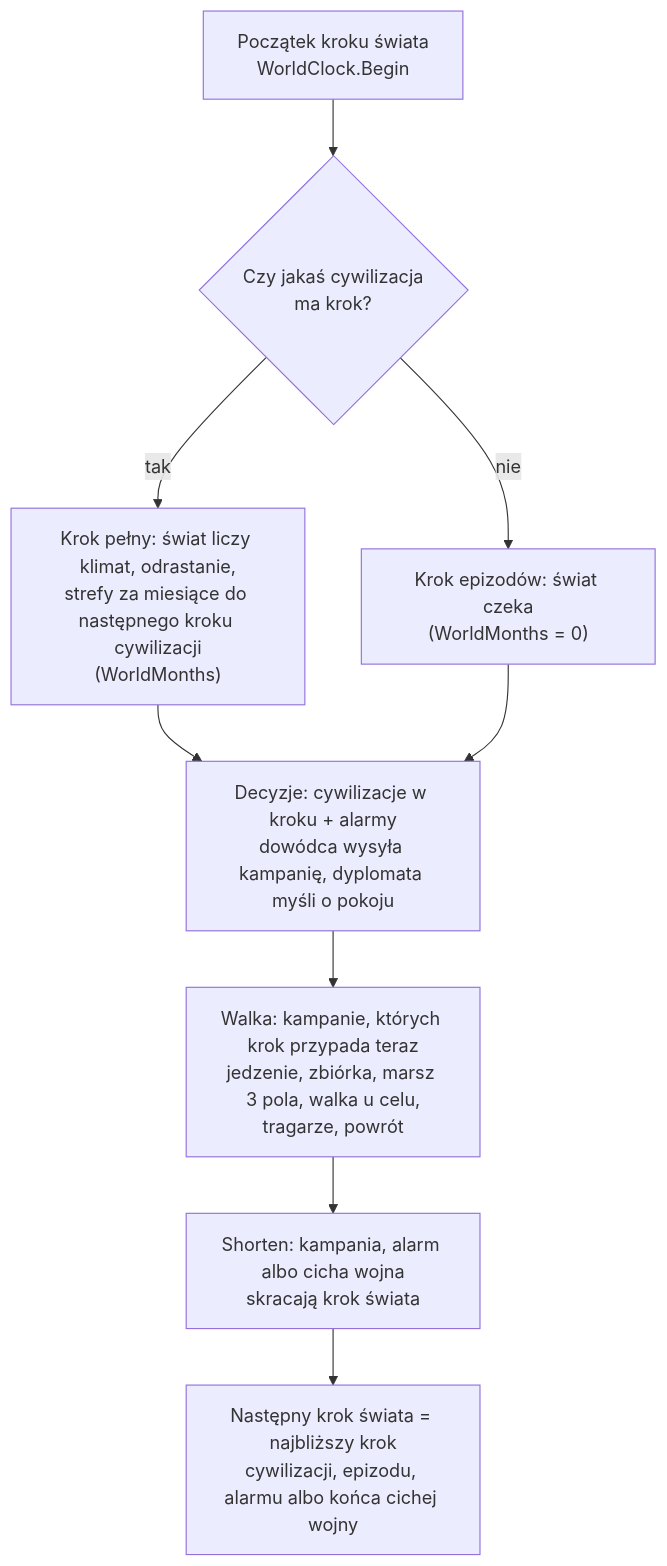
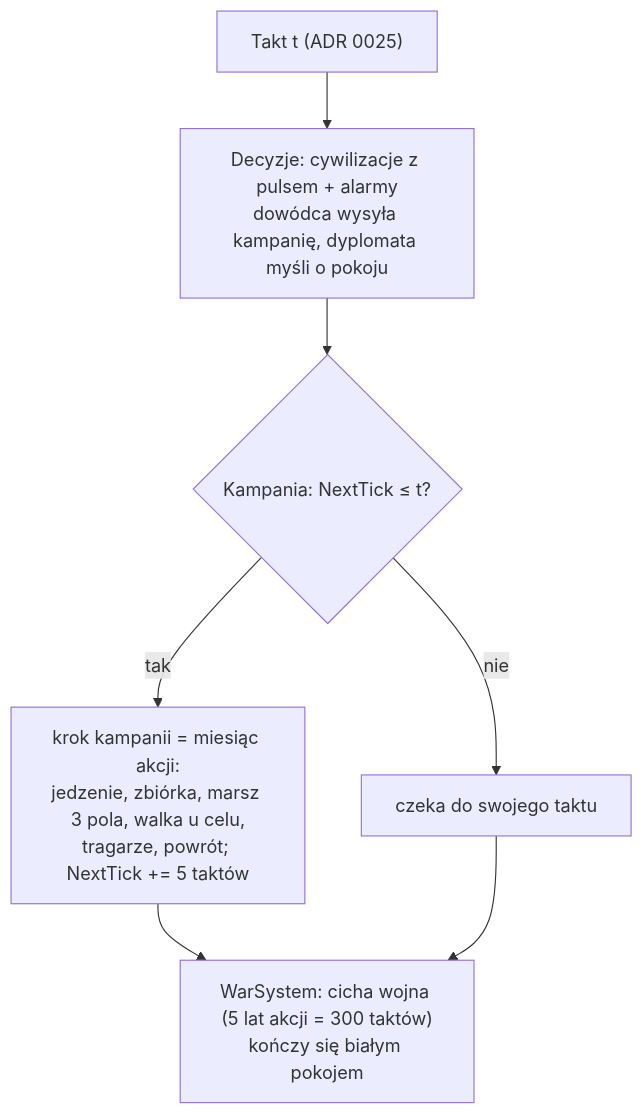
The diagram in docs/systems/episodes.md (CoStellar/CivSim2), drawn with Mermaid before and after one commit. The commit also changed other lines of this file and 85 other files, not shown here.

First line of the commit message:
Live clock: ticks, staggered civilization pulses, episodes and war timers in ticks (ADR 0025)

````diff
--- a/docs/systems/episodes.md
+++ b/docs/systems/episodes.md
@@ -16,11 +16,9 @@
 ```mermaid
 flowchart TD
-  B["Początek kroku świata<br/>WorldClock.Begin"] --> P{"Czy jakaś cywilizacja<br/>ma krok?"}
-  P -- tak --> F["Krok pełny: świat liczy klimat, odrastanie,<br/>strefy za miesiące do następnego kroku cywilizacji<br/>(WorldMonths)"]
-  P -- nie --> E["Krok epizodów: świat czeka<br/>(WorldMonths = 0)"]
-  F --> D["Decyzje: cywilizacje w kroku + alarmy<br/>dowódca wysyła kampanię, dyplomata myśli o pokoju"]
-  E --> D
-  D --> C["Walka: kampanie, których krok przypada teraz<br/>jedzenie, zbiórka, marsz 3 pola, walka u celu,<br/>tragarze, powrót"]
-  C --> S["Shorten: kampania, alarm albo cicha wojna<br/>skracają krok świata"]
-  S --> N["Następny krok świata = najbliższy krok<br/>cywilizacji, epizodu, alarmu albo końca cichej wojny"]
+  T["Takt t (ADR 0025)"] --> D["Decyzje: cywilizacje z pulsem + alarmy<br/>dowódca wysyła kampanię, dyplomata myśli o pokoju"]
+  D --> C{"Kampania: NextTick ≤ t?"}
+  C -- tak --> S["krok kampanii = miesiąc akcji:<br/>jedzenie, zbiórka, marsz 3 pola, walka u celu,<br/>tragarze, powrót; NextTick += 5 taktów"]
+  C -- nie --> N["czeka do swojego taktu"]
+  S --> W["WarSystem: cicha wojna (5 lat akcji = 300 taktów)<br/>kończy się białym pokojem"]
+  N --> W
 ```
````
